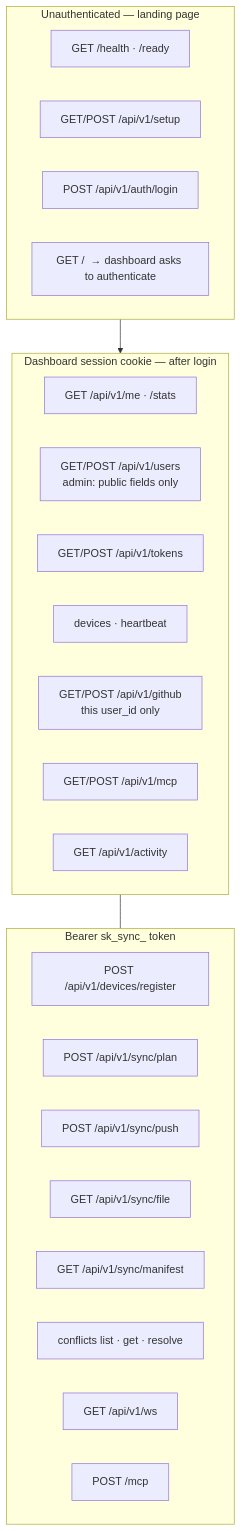
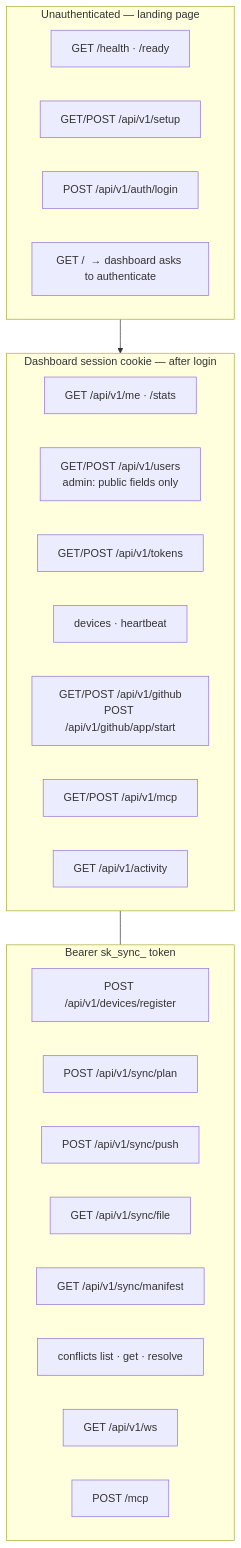
The third of 13 diagrams in docs/architecture.md (shangeethsivan/Syncidian), drawn with Mermaid before and after one commit. The commit also changed other lines of this file and 13 other files, not shown here.

````diff
--- a/docs/architecture.md
+++ b/docs/architecture.md
@@ -83,33 +84,33 @@
 ```mermaid
 flowchart TB
   subgraph public [Unauthenticated — landing page]
     H["GET /health · /ready"]
     S1["GET/POST /api/v1/setup"]
     L["POST /api/v1/auth/login"]
     UI["GET /  → dashboard asks to authenticate"]
   end
 
   subgraph session [Dashboard session cookie — after login]
     Me["GET /api/v1/me · /stats"]
     Users["GET/POST /api/v1/users<br/>admin: public fields only"]
     Tokens["GET/POST /api/v1/tokens"]
     Dev["devices · heartbeat"]
-    GH["GET/POST /api/v1/github<br/>this user_id only"]
+    GH["GET/POST /api/v1/github<br/>POST /api/v1/github/app/start"]
     MCPCfg["GET/POST /api/v1/mcp"]
     Act["GET /api/v1/activity"]
   end
 
   subgraph plugin [Bearer sk_sync_ token]
     Reg["POST /api/v1/devices/register"]
     Plan["POST /api/v1/sync/plan"]
     Push["POST /api/v1/sync/push"]
     File["GET /api/v1/sync/file"]
     Man["GET /api/v1/sync/manifest"]
     Conf["conflicts list · get · resolve"]
     Sock["GET /api/v1/ws"]
     MCP["POST /mcp"]
   end
 
   public --> session
   session --- plugin
 ```
````
